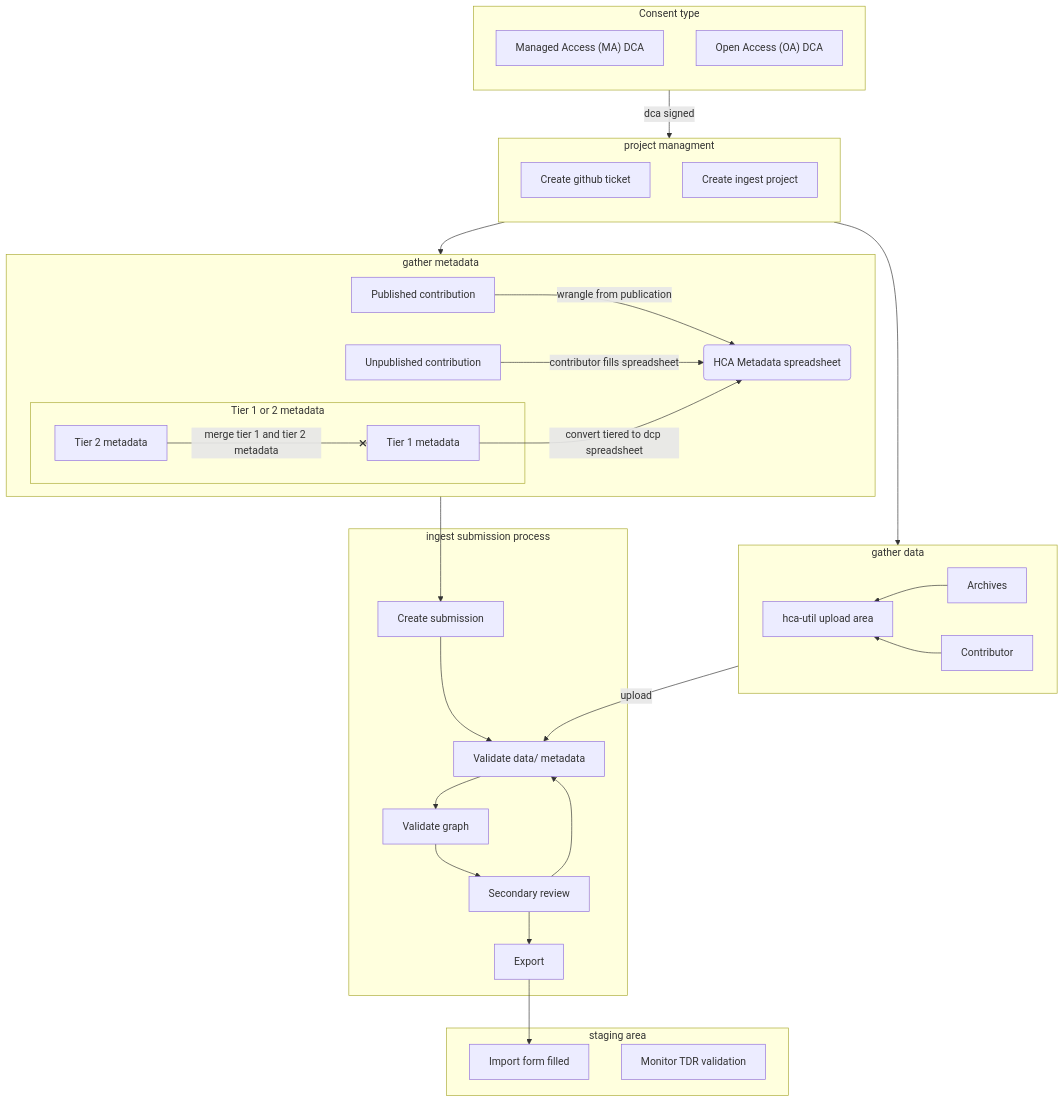
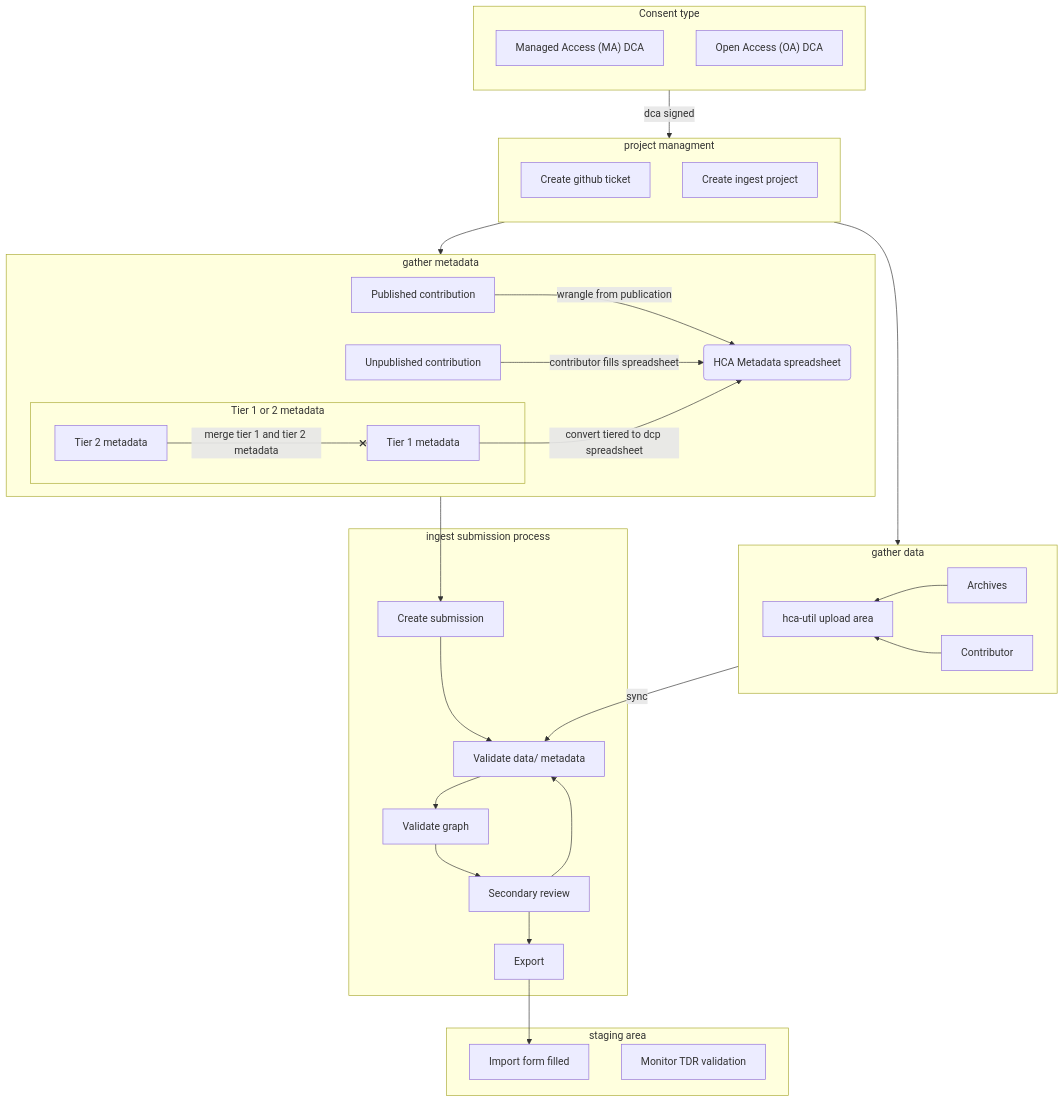
The diagram in docs/SOPs/Introduction/wrangling_process_diagram.md (ebi-ait/hca-ebi-wrangler-central), drawn with Mermaid before and after one commit. The commit also changed 1 other file, not shown here.

Commit message:
Update gathering data section

````diff
--- a/docs/SOPs/Introduction/wrangling_process_diagram.md
+++ b/docs/SOPs/Introduction/wrangling_process_diagram.md
@@ -14,64 +14,67 @@
 ```mermaid
 flowchart TD
     subgraph dca ["Consent type"]
     direction TB
     MA["Managed Access (MA) DCA"]
     OA["Open Access (OA) DCA"]
     end
     
     subgraph metadata [gather metadata]
     direction LR
     P1["Published contribution"]
     P2["Unpublished contribution"]
     subgraph tiered [Tier 1 or 2 metadata]
     P3["Tier 1 metadata"]
     P4["Tier 2 metadata"]
     end
     HMS("HCA Metadata spreadsheet")
     P1--"wrangle from publication"-->HMS
     P2--"contributor fills spreadsheet"-->HMS
     P3--"convert tiered to dcp spreadsheet"-->HMS
     P4--"merge tier 1 and tier 2 metadata"--xP3
     end
 
     subgraph proj ["project managment"]
     direction TB
     D1["Create github ticket"]
     D2["Create ingest project"]
     end
 
     subgraph data [gather data]
     direction RL
     C1["Archives"]
     C2["Contributor"]
     C3["hca-util upload area"]
     C1 --> C3
     C2 --> C3
     end
 
     subgraph ingest [ingest submission process]
     I1["Create submission"]
     I2["Validate data/ metadata"]
     I3["Validate graph"]
     I4["Secondary review"]
     I5["Export"]
     HMS --> I1
     I1 --> I2
     I2 --> I3 --> I4 --> I5 
     I4 --> I2
     end
-    C3 --upload--> I2
+    C3 --sync--> I2
 
     subgraph import [staging area]
     M1["Import form filled"]
     M2["Monitor TDR validation"]
     I5 --> M1
     end
 
     dca --dca signed--> proj --> data
     proj --> metadata
 
     click MA href "https://ebi-ait.github.io/hca-ebi-wrangler-central/SOPs/Introduction/dataset_wrangling_SOP.html#consent-type" "Consent type"
     click proj href "https://ebi-ait.github.io/hca-ebi-wrangler-central/SOPs/Introduction/wrangling_project_management.html" "Project managment"
+    click C1 href "https://ebi-ait.github.io/hca-ebi-wrangler-central/SOPs/Introduction/dataset_wrangling_SOP.html#gathering-data" "Gathering data"
+    click C2 href "https://ebi-ait.github.io/hca-ebi-wrangler-central/SOPs/Introduction/dataset_wrangling_SOP.html#data-upload-contributor" "Data upload contributor"
+    click C3 href "https://ebi-ait.github.io/hca-ebi-wrangler-central/tools/Accessing_upload_area/hca_util.html)" "hca-util"
     click M2 href "https://ebi-ait.github.io/hca-ebi-wrangler-central/SOPs/Introduction/access_tera.html" "Access TDR SOP"
 ```
````
